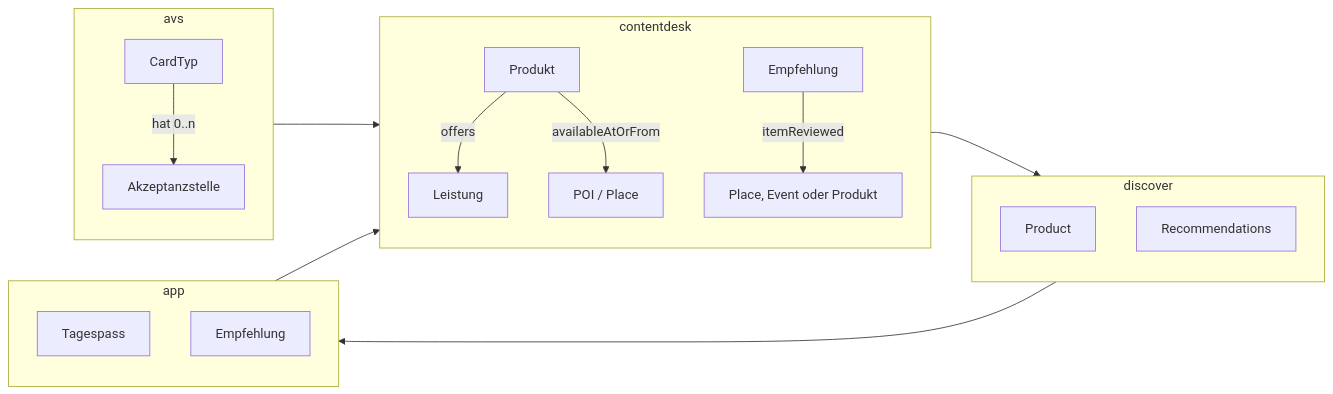
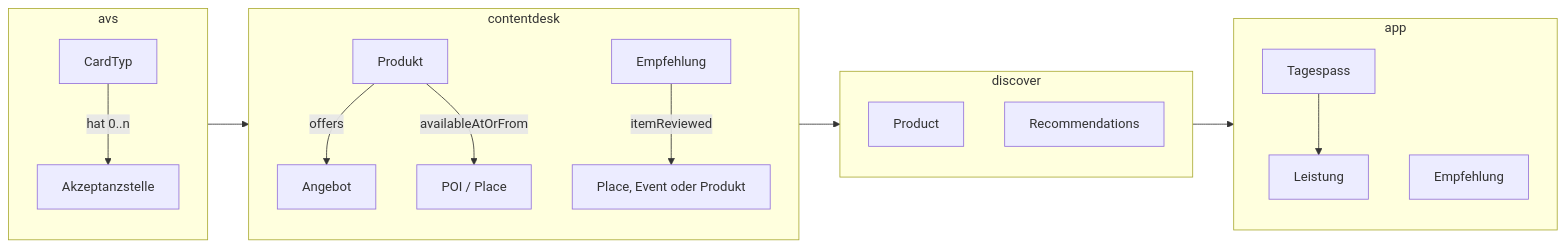
Before and after one commit to tsolenthaler/docs.contentdesk.io: the second of 8 diagrams in docs/dev/projects/glarnerlandApp.md, drawn with Mermaid.

Commit message:
Refactor graph orientation in glarnerlandApp.md and update class diagram properties

````diff
--- a/docs/dev/projects/glarnerlandApp.md
+++ b/docs/dev/projects/glarnerlandApp.md
@@ -36,27 +36,27 @@
 ``` mermaid
 graph LR
     subgraph avs
         direction TB
         CardTyp --> | hat 0..n| Akzeptanzstelle
     end
     subgraph contentdesk
         direction TB
         Produkt --> |offers| Angebot
         Produkt --> |availableAtOrFrom| Ort["POI / Place"]
         Empfehlung --> |itemReviewed| item["Place, Event oder Produkt"]
     end
     subgraph discover
         direction TB
         Product
         Recommendations
     end
     subgraph app
         direction TB
-        Tagespass --> Angebot["Leistung"]
+        Tagespass --> Leistung
         Content["Empfehlung"]
     end
 
     avs --> contentdesk
     contentdesk --> discover
     discover --> app
 ```
````
